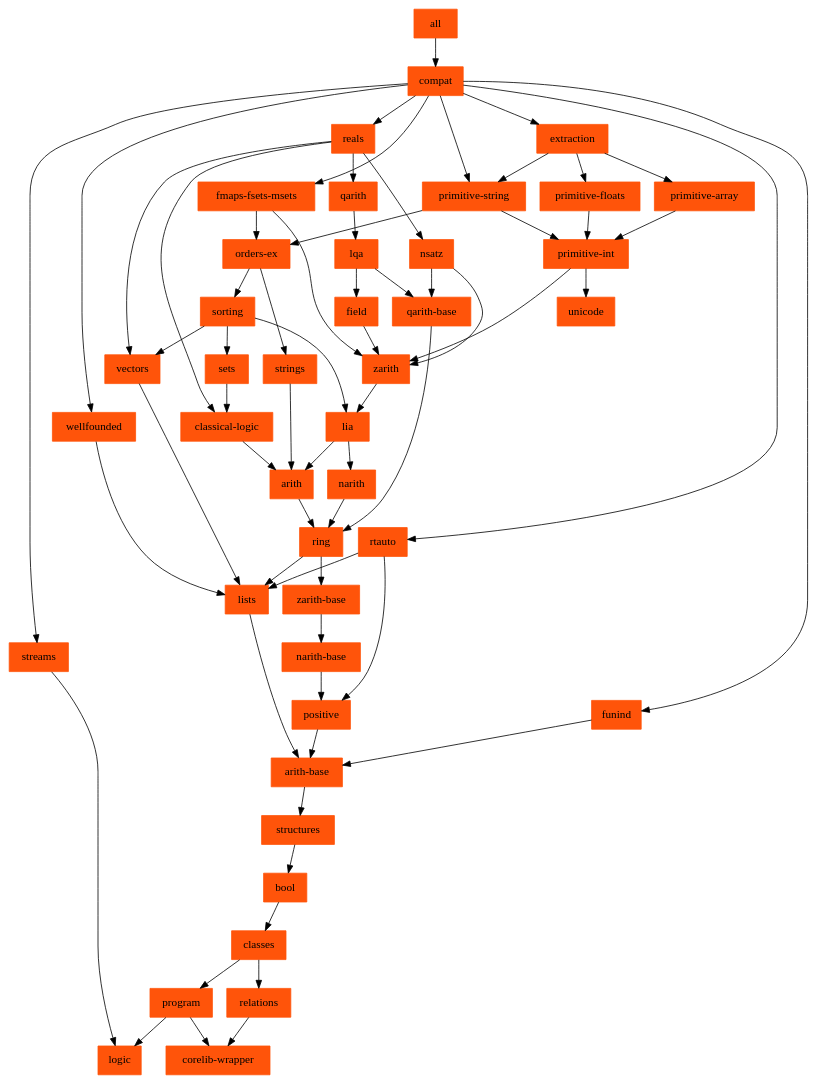
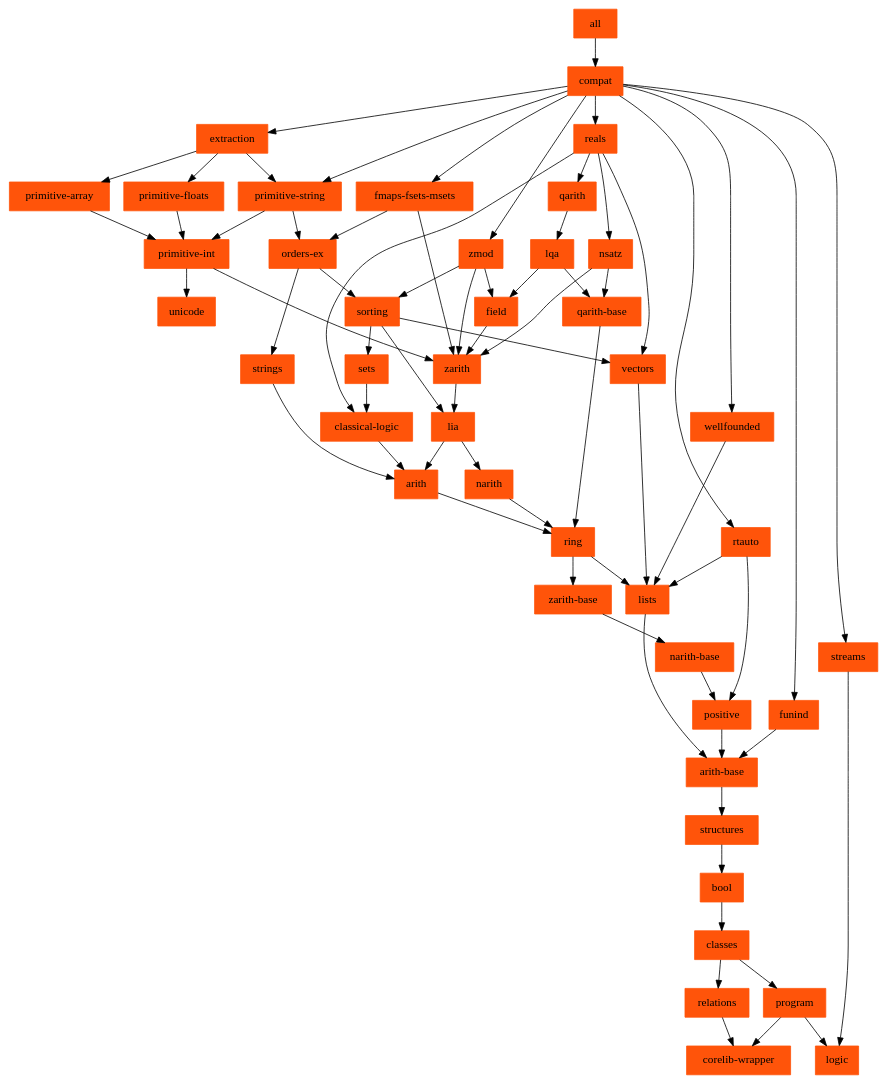
One commit to rocq-prover/stdlib changed the diagram in doc/stdlib/depends.dot. Above: the diagram before and after it, drawn with Graphviz. The commit also changed 13 other files, not shown here.

```diff
--- a/doc/stdlib/depends.dot
+++ b/doc/stdlib/depends.dot
@@ -1,74 +1,78 @@
 # this has been mostly automatically generated by dev/tools/make-depends.sh
 # when editing this, ensure to keep .nix/coq-overlays/stdlib-subcomponents
 # in sync
 digraph stdlib_deps {
 	node [color="#ff540a",
 		shape=rectangle,
 		style=filled
 		URL="#\N"
 	];
 	bool -> classes;
 	classes -> program;
 	classes -> relations;
 	program -> "corelib-wrapper";
 	program -> logic;
 	strings -> arith;
 	reals -> qarith;
 	reals -> vectors;
 	reals -> "classical-logic";
 	reals -> nsatz;
 	"arith-base" -> structures;
 	zarith -> lia;
+	zmod -> zarith;
+	zmod -> sorting;
+	zmod -> field;
 	qarith -> lqa;
 	positive -> "arith-base";
 	narith -> ring;
 	ring -> lists;
 	ring -> "zarith-base";
 	arith -> ring;
 	structures -> bool;
 	"narith-base" -> positive;
 	lists -> "arith-base";
 	"zarith-base" -> "narith-base";
 	"primitive-int" -> zarith;
 	"primitive-int" -> unicode;
 	lia -> narith;
 	lia -> arith;
 	"fmaps-fsets-msets" -> zarith;
 	"fmaps-fsets-msets" -> "orders-ex";
 	"orders-ex" -> strings;
 	"orders-ex" -> sorting;
 	sets -> "classical-logic";
 	sorting -> lia;
 	sorting -> sets;
 	sorting -> vectors;
 	"primitive-floats" -> "primitive-int";
 	wellfounded -> lists;
 	relations -> "corelib-wrapper";
 	"primitive-string" -> "primitive-int";
 	"primitive-string" -> "orders-ex";
 	vectors -> lists;
 	field -> zarith;
 	lqa -> field;
 	lqa -> "qarith-base";
 	"qarith-base" -> ring;
 	"classical-logic" -> arith;
 	nsatz -> zarith;
 	nsatz -> "qarith-base";
 	extraction -> "primitive-string";
 	extraction -> "primitive-floats";
 	extraction -> "primitive-array";
 	"primitive-array" -> "primitive-int";
 	streams -> logic;
 	funind -> "arith-base";
 	rtauto -> positive;
 	rtauto -> lists;
+	compat -> zmod;
 	compat -> reals;
 	compat -> "fmaps-fsets-msets";
 	compat -> wellfounded;
 	compat -> "primitive-string";
 	compat -> extraction;
 	compat -> streams;
 	compat -> funind;
 	compat -> rtauto;
         all -> compat
 }
```
